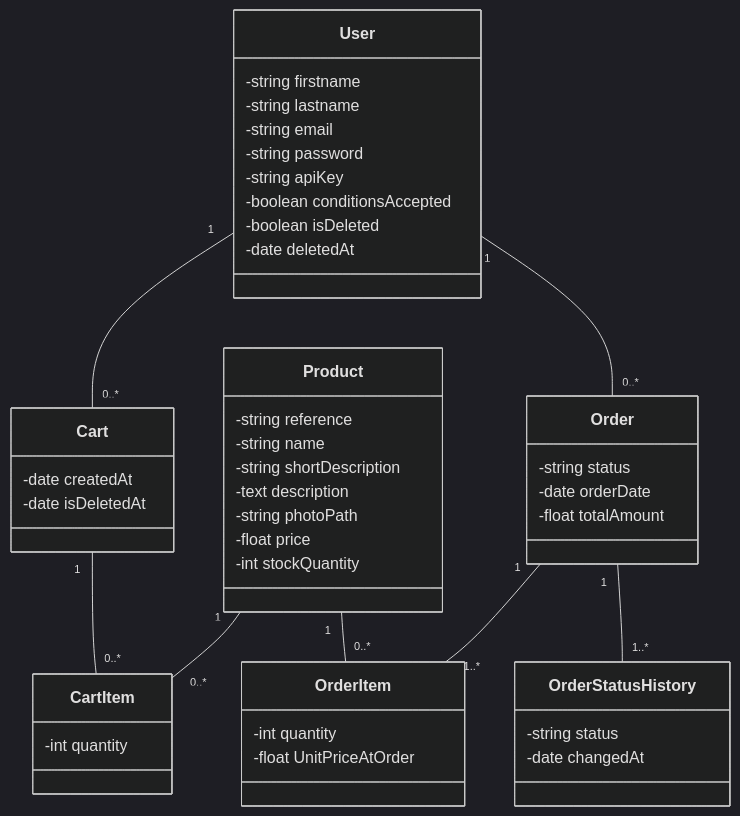
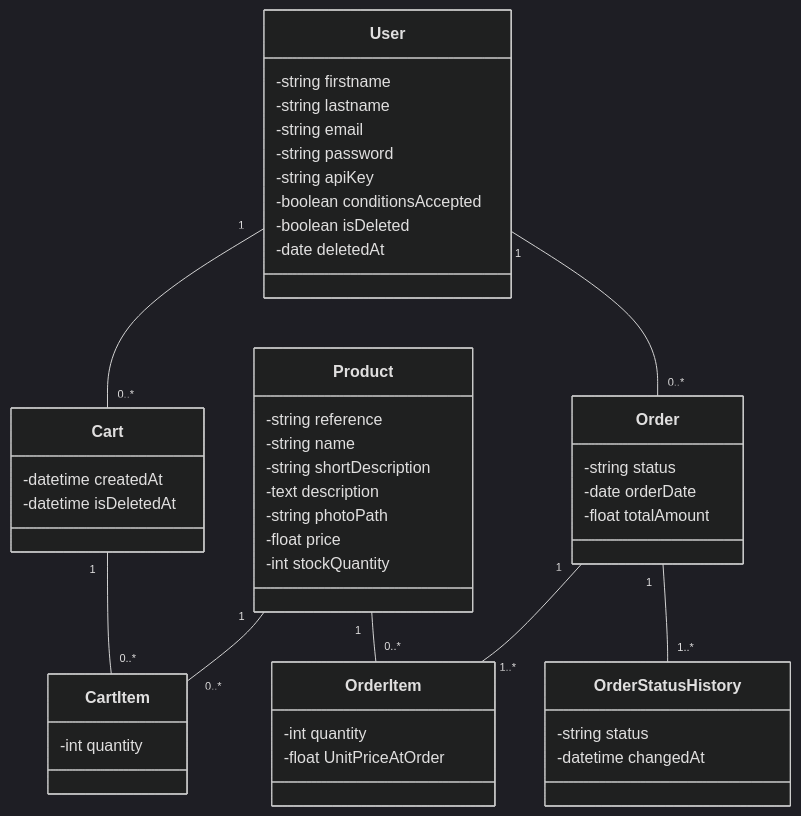
Before and after one commit to Squarenoize/ForgeChene: the diagram in diagrammeDeClasse.mmd, drawn with Mermaid (dark theme). The commit also changed 11 other files, not shown here.

```diff
--- a/diagrammeDeClasse.mmd
+++ b/diagrammeDeClasse.mmd
@@ -1,57 +1,57 @@
 classDiagram
     
     class User {
         -string firstname
         -string lastname
         -string email
         -string password
         -string apiKey
         -boolean conditionsAccepted
         -boolean isDeleted
         -date deletedAt
     }
     
     class Product {
         -string reference
         -string name
         -string shortDescription
         -text description
         -string photoPath
         -float price
         -int stockQuantity
     }
     
     class Cart {
-        -date createdAt
-        -date isDeletedAt
+        -datetime createdAt
+        -datetime isDeletedAt
     }
     
     class CartItem {
         -int quantity
     }
     
     class Order {
         -string status
         -date orderDate
         -float totalAmount
     }
     
     class OrderItem {
         -int quantity
         -float UnitPriceAtOrder
     }
 
     class OrderStatusHistory {
         -string status
-        -date changedAt
+        -datetime changedAt
     }
     
     %% Relations entre classes (avec cardinalités)
 
     User "1" -- "0..*" Cart
     User "1" -- "0..*" Order
     Cart "1" -- "0..*" CartItem
     Product "1" -- "0..*" CartItem
     Product "1" -- "0..*" OrderItem
     Order "1" -- "1..*" OrderItem
     Order "1" -- "1..*" OrderStatusHistory
```
